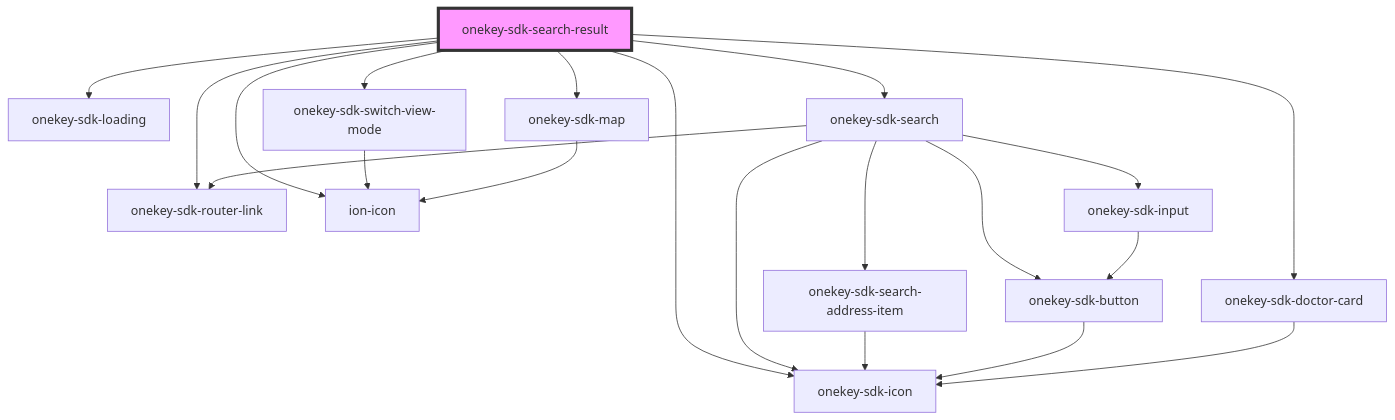
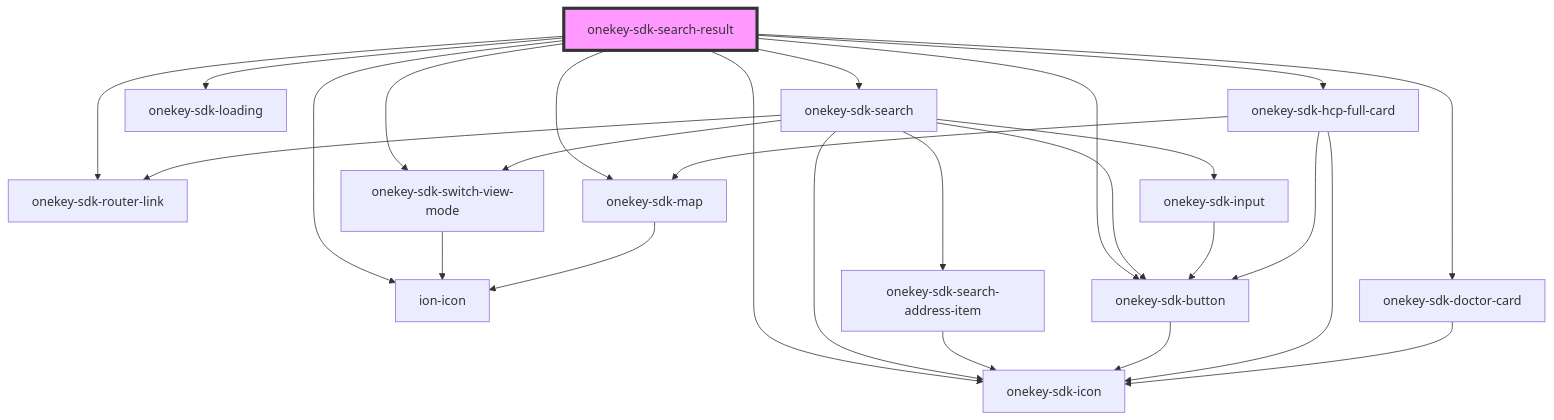
One commit to hcl-sdk/HealthCareLocatorWebSDK changed the diagram in packages/onekey-sdk-core-ui/docs/components/screens/onekey-sdk-search-result/readme.md. Above: the diagram before and after it, drawn with Mermaid. The commit also changed other lines of this file and 25 other files, not shown here.

````diff
--- a/packages/onekey-sdk-core-ui/docs/components/screens/onekey-sdk-search-result/readme.md
+++ b/packages/onekey-sdk-core-ui/docs/components/screens/onekey-sdk-search-result/readme.md
@@ -22,23 +24,29 @@
 ```mermaid
 graph TD;
-  onekey-sdk-search-result --> onekey-sdk-loading
   onekey-sdk-search-result --> onekey-sdk-router-link
   onekey-sdk-search-result --> ion-icon
   onekey-sdk-search-result --> onekey-sdk-search
+  onekey-sdk-search-result --> onekey-sdk-loading
+  onekey-sdk-search-result --> onekey-sdk-hcp-full-card
   onekey-sdk-search-result --> onekey-sdk-icon
   onekey-sdk-search-result --> onekey-sdk-switch-view-mode
   onekey-sdk-search-result --> onekey-sdk-doctor-card
+  onekey-sdk-search-result --> onekey-sdk-button
   onekey-sdk-search-result --> onekey-sdk-map
   onekey-sdk-search --> onekey-sdk-search-address-item
   onekey-sdk-search --> onekey-sdk-router-link
   onekey-sdk-search --> onekey-sdk-icon
   onekey-sdk-search --> onekey-sdk-input
   onekey-sdk-search --> onekey-sdk-button
+  onekey-sdk-search --> onekey-sdk-switch-view-mode
   onekey-sdk-search-address-item --> onekey-sdk-icon
   onekey-sdk-input --> onekey-sdk-button
   onekey-sdk-button --> onekey-sdk-icon
   onekey-sdk-switch-view-mode --> ion-icon
+  onekey-sdk-hcp-full-card --> onekey-sdk-button
+  onekey-sdk-hcp-full-card --> onekey-sdk-icon
+  onekey-sdk-hcp-full-card --> onekey-sdk-map
+  onekey-sdk-map --> ion-icon
   onekey-sdk-doctor-card --> onekey-sdk-icon
-  onekey-sdk-map --> ion-icon
   style onekey-sdk-search-result fill:#f9f,stroke:#333,stroke-width:4px
 ```
````
